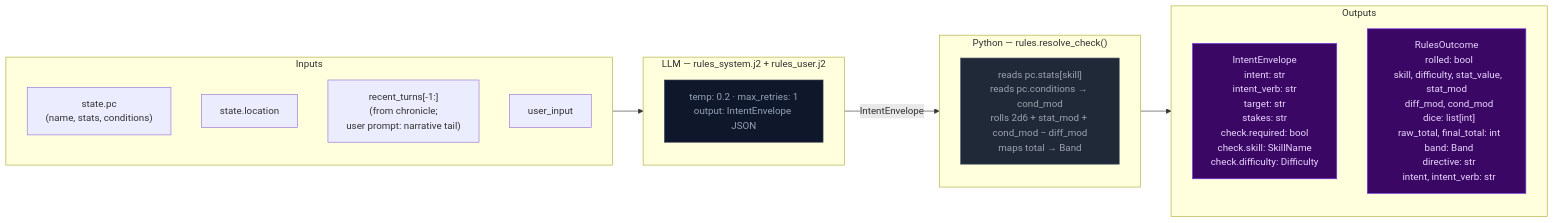
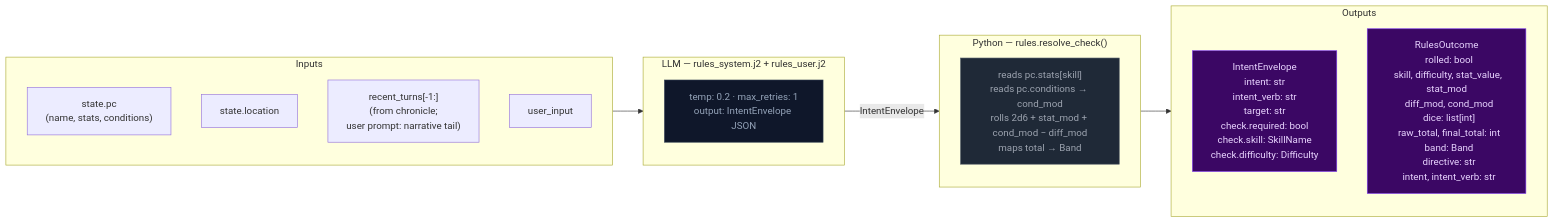
Before and after one commit to pww217/fablethread: the second of 17 diagrams in docs/ARCHITECTURE.md, drawn with Mermaid. The commit also changed other lines of this file and 13 other files, not shown here.

````diff
--- a/docs/ARCHITECTURE.md
+++ b/docs/ARCHITECTURE.md
@@ -71,31 +72,31 @@
 ```mermaid
 flowchart LR
     classDef stageRules fill:#4c1d95,color:#ddd6fe,stroke:#7c3aed
     classDef llmNode    fill:#0f172a,color:#94a3b8,stroke:#334155
     classDef pyNode     fill:#1f2937,color:#9ca3af,stroke:#4b5563
     classDef outNode    fill:#3b0764,color:#e9d5ff,stroke:#7c3aed
 
     subgraph IN["Inputs"]
         I1["state.pc<br>(name, stats, conditions)"]
         I2["state.location"]
         I3["recent_turns[-1:]<br>(from chronicle;<br>user prompt: narrative tail)"]
         I4["user_input"]
     end
 
     subgraph LLM0["LLM — rules_system.j2 + rules_user.j2"]
         L0["temp: 0.2 · max_retries: 1<br>output: IntentEnvelope JSON"]:::llmNode
     end
 
     subgraph PYRES["Python — rules.resolve_check()"]
         P0["reads pc.stats[skill]<br>reads pc.conditions → cond_mod<br>rolls 2d6 + stat_mod + cond_mod − diff_mod<br>maps total → Band"]:::pyNode
     end
 
     subgraph OUT["Outputs"]
-        O1["IntentEnvelope<br>  intent: str<br>  intent_verb: str<br>  target: str<br>  stakes: str<br>  check.required: bool<br>  check.skill: SkillName<br>  check.difficulty: Difficulty"]:::outNode
+        O1["IntentEnvelope<br>  intent: str<br>  intent_verb: str<br>  target: str<br>  check.required: bool<br>  check.skill: SkillName<br>  check.difficulty: Difficulty"]:::outNode
         O2["RulesOutcome<br>  rolled: bool<br>  skill, difficulty, stat_value, stat_mod<br>  diff_mod, cond_mod<br>  dice: list[int]<br>  raw_total, final_total: int<br>  band: Band<br>  directive: str<br>  intent, intent_verb: str"]:::outNode
     end
 
     IN --> LLM0
     LLM0 -- "IntentEnvelope" --> PYRES
     PYRES --> OUT
 ```
````
